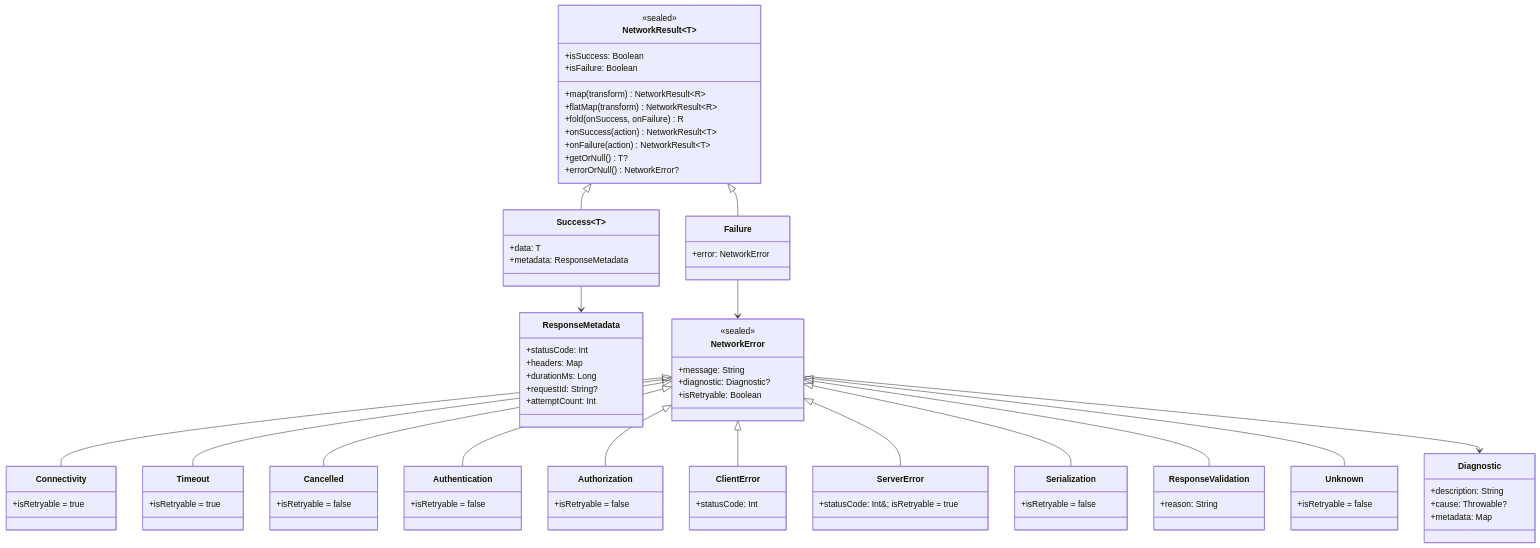
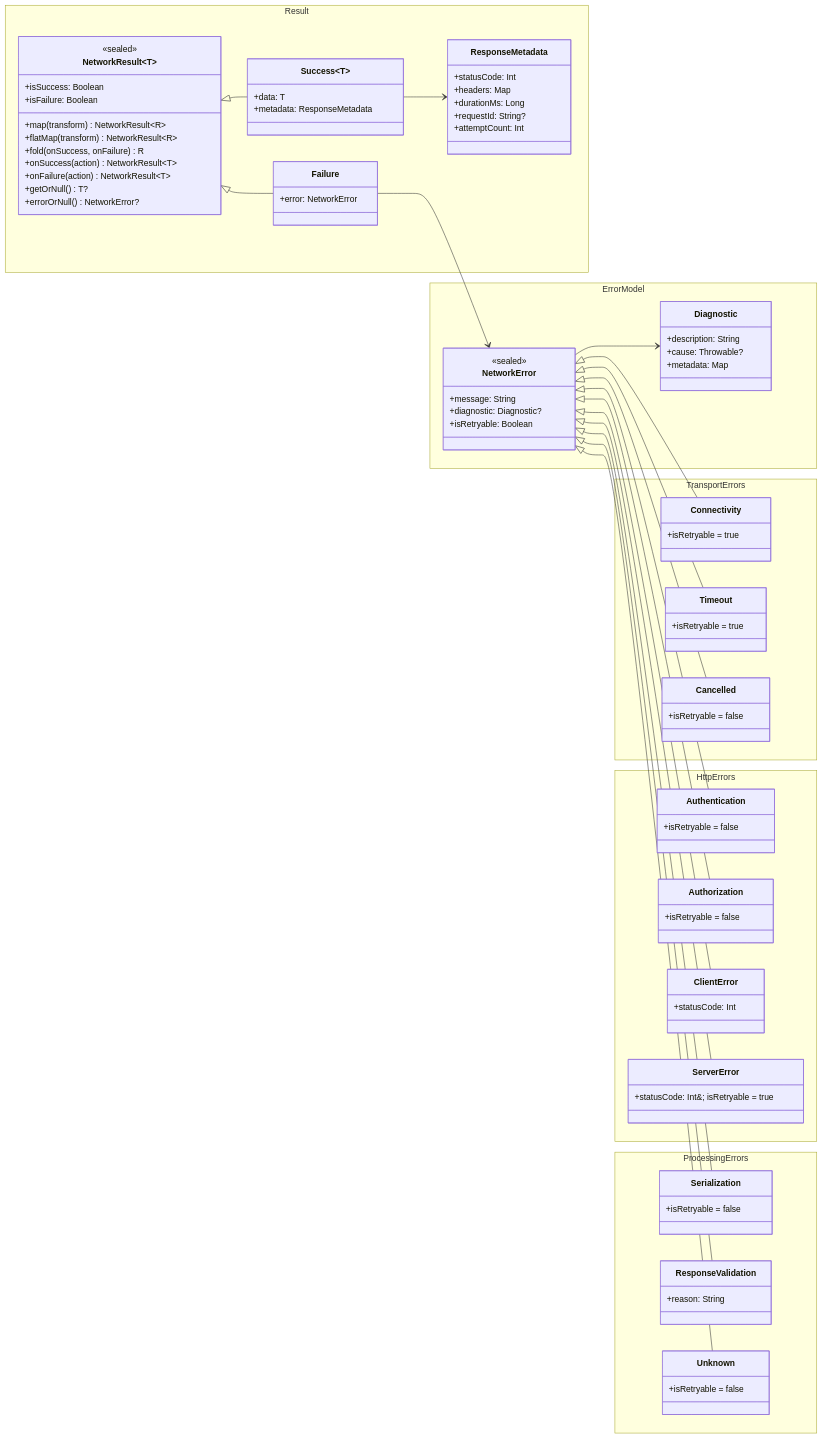
One commit to DanCrRdz93/core-data-platform changed the second of 4 diagrams in docs/diagrams/05-contract-relationships.md. Above: the diagram before and after it, drawn with Mermaid. The commit also changed other lines of this file and 8 other files, not shown here.

Commit message:
update diagrams

````diff
--- a/docs/diagrams/05-contract-relationships.md
+++ b/docs/diagrams/05-contract-relationships.md
@@ -111,65 +122,78 @@
 ```mermaid
 classDiagram
-    direction TB
+    direction LR
 
-    class NetworkResult~T~ {
-        <<sealed>>
-        +isSuccess: Boolean
-        +isFailure: Boolean
-        +map(transform) NetworkResult~R~
-        +flatMap(transform) NetworkResult~R~
-        +fold(onSuccess, onFailure) R
-        +onSuccess(action) NetworkResult~T~
-        +onFailure(action) NetworkResult~T~
-        +getOrNull() T?
-        +errorOrNull() NetworkError?
+    namespace Result {
+        class NetworkResult~T~ {
+            <<sealed>>
+            +isSuccess: Boolean
+            +isFailure: Boolean
+            +map(transform) NetworkResult~R~
+            +flatMap(transform) NetworkResult~R~
+            +fold(onSuccess, onFailure) R
+            +onSuccess(action) NetworkResult~T~
+            +onFailure(action) NetworkResult~T~
+            +getOrNull() T?
+            +errorOrNull() NetworkError?
+        }
+
+        class Success~T~ {
+            +data: T
+            +metadata: ResponseMetadata
+        }
+
+        class Failure {
+            +error: NetworkError
+        }
+
+        class ResponseMetadata {
+            +statusCode: Int
+            +headers: Map
+            +durationMs: Long
+            +requestId: String?
+            +attemptCount: Int
+        }
     }
 
-    class Success~T~ {
-        +data: T
-        +metadata: ResponseMetadata
+    namespace ErrorModel {
+        class NetworkError {
+            <<sealed>>
+            +message: String
+            +diagnostic: Diagnostic?
+            +isRetryable: Boolean
+        }
+
+        class Diagnostic {
+            +description: String
+            +cause: Throwable?
+            +metadata: Map
+        }
     }
 
-    class Failure {
-        +error: NetworkError
+    namespace TransportErrors {
+        class Connectivity { +isRetryable = true }
+        class Timeout { +isRetryable = true }
+        class Cancelled { +isRetryable = false }
     }
 
-    class ResponseMetadata {
-        +statusCode: Int
-        +headers: Map
-        +durationMs: Long
-        +requestId: String?
-        +attemptCount: Int
+    namespace HttpErrors {
+        class Authentication { +isRetryable = false }
+        class Authorization { +isRetryable = false }
+        class ClientError { +statusCode: Int }
+        class ServerError { +statusCode: Int&#59; isRetryable = true }
     }
 
-    class NetworkError {
-        <<sealed>>
-        +message: String
-        +diagnostic: Diagnostic?
-        +isRetryable: Boolean
-    }
-
-    class Connectivity { +isRetryable = true }
-    class Timeout { +isRetryable = true }
-    class Cancelled { +isRetryable = false }
-    class Authentication { +isRetryable = false }
-    class Authorization { +isRetryable = false }
-    class ClientError { +statusCode: Int }
-    class ServerError { +statusCode: Int&#59; isRetryable = true }
-    class Serialization { +isRetryable = false }
-    class ResponseValidation { +reason: String }
-    class Unknown { +isRetryable = false }
-
-    class Diagnostic {
-        +description: String
-        +cause: Throwable?
-        +metadata: Map
+    namespace ProcessingErrors {
+        class Serialization { +isRetryable = false }
+        class ResponseValidation { +reason: String }
+        class Unknown { +isRetryable = false }
     }
 
     NetworkResult <|-- Success
     NetworkResult <|-- Failure
     Success --> ResponseMetadata
     Failure --> NetworkError
+
     NetworkError <|-- Connectivity
     NetworkError <|-- Timeout
     NetworkError <|-- Cancelled
````
